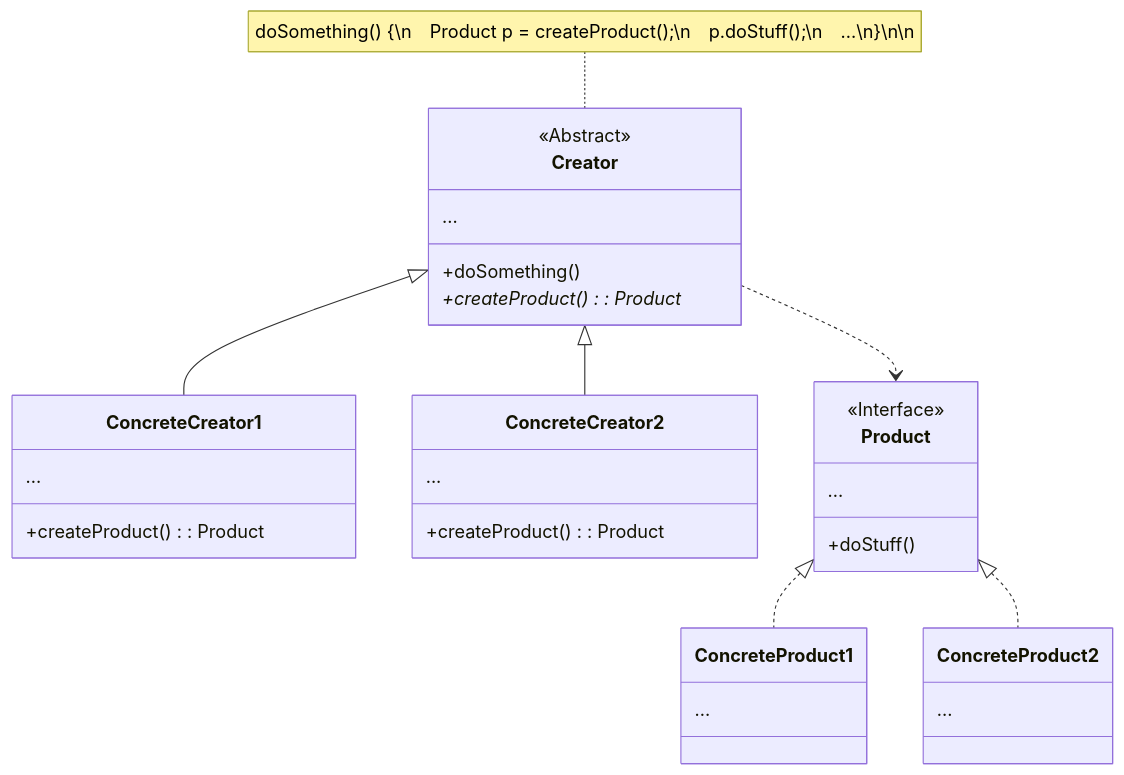
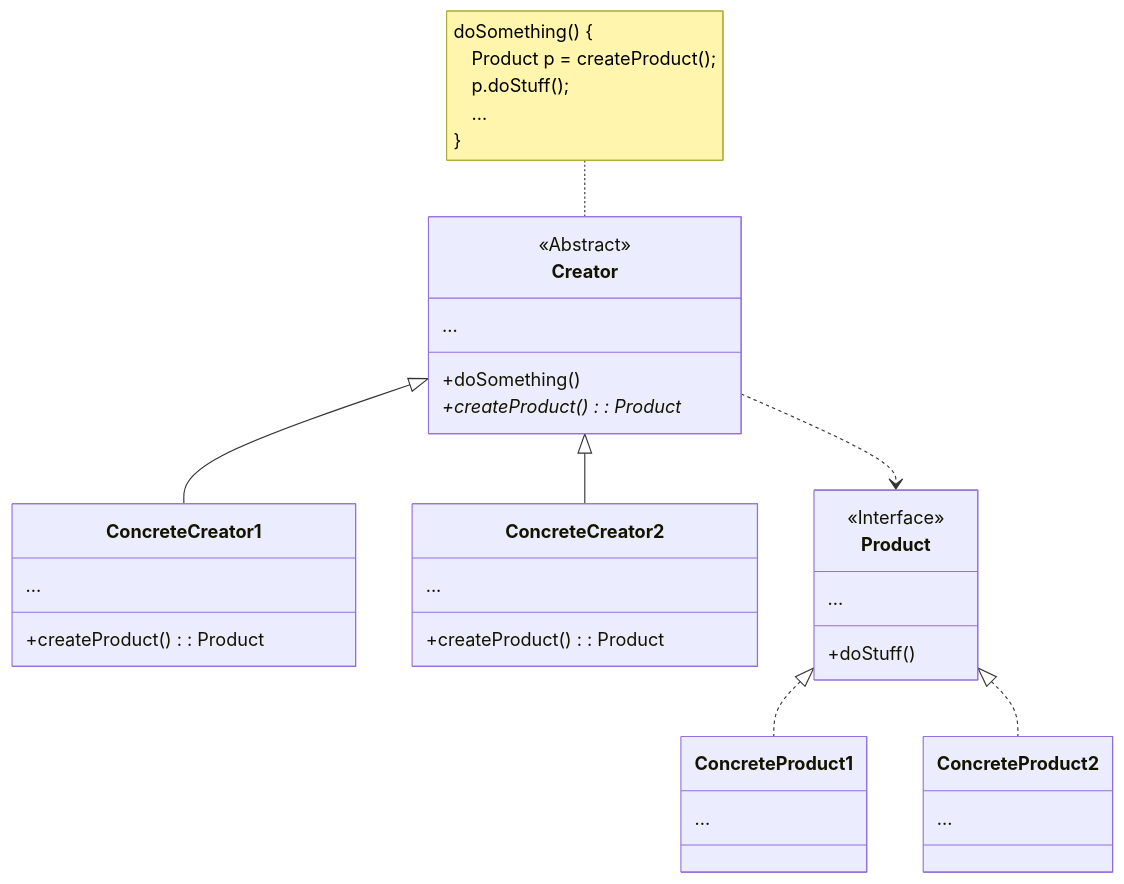
The diagram in System Design/Design Pattern/Factory Method.md (bingyangchen/KM-software), drawn with Mermaid before and after one commit. The commit also changed 32 other files, not shown here.

````diff
--- a/System Design/Design Pattern/Factory Method.md
+++ b/System Design/Design Pattern/Factory Method.md
@@ -22,34 +22,34 @@
 ```mermaid
 classDiagram
     class Creator {
         <<Abstract>>
         ...
         +doSomething()
         +createProduct(): Product*
     }
-    note for Creator "doSomething() {\n&emsp;Product p = createProduct();\n&emsp;p.doStuff();\n&emsp;...\n}\n\n"
+    note for Creator "doSomething() {<br/>&emsp;Product p = createProduct();<br/>&emsp;p.doStuff();<br/>&emsp;...<br/>}<br/>"
     class ConcreteCreator1 {
         ...
         +createProduct(): Product
     }
     class ConcreteCreator2 {
         ...
         +createProduct(): Product
     }
     Creator <|-- ConcreteCreator1
     Creator <|-- ConcreteCreator2
     class Product {
         <<Interface>>
         ...
         +doStuff()
     }
     class ConcreteProduct1 {
         ...
     }
     class ConcreteProduct2 {
         ...
     }
     Product <|.. ConcreteProduct1
     Product <|.. ConcreteProduct2
     Creator ..> Product
 ```
````
